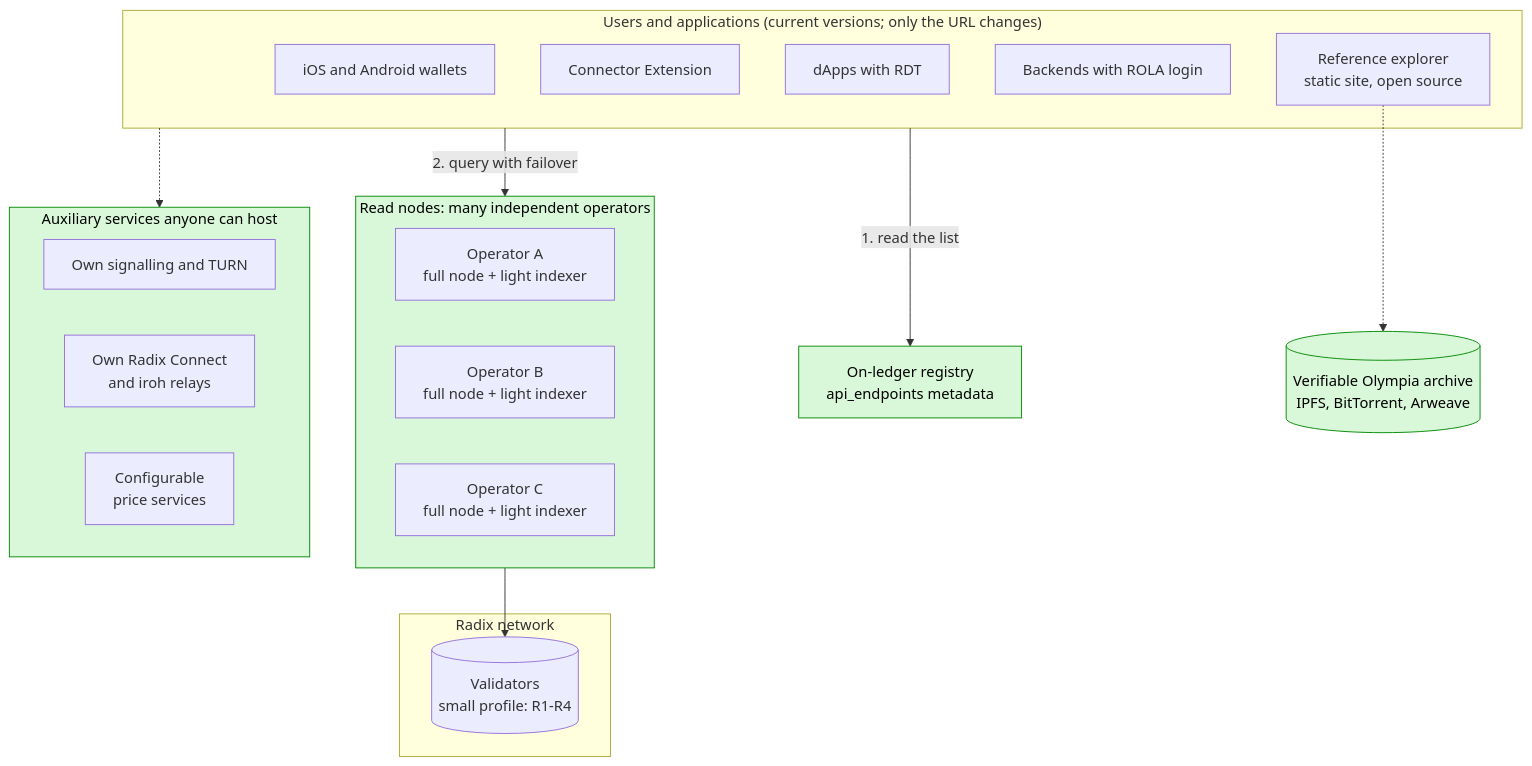
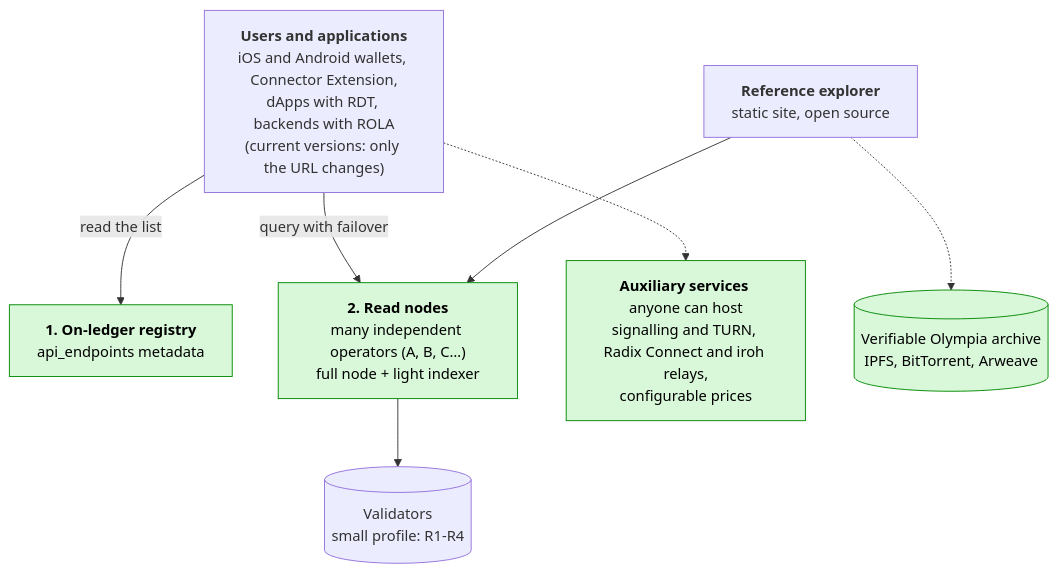
The first of 7 diagrams in docs/en/06-recommended-solution.md (dazligth/radix-decentralization-roadmap), drawn with Mermaid before and after one commit. The commit also changed other lines of this file and 9 other files, not shown here.

First line of the commit message:
Redesign diagrams for readability on GitHub

````diff
--- a/docs/en/06-recommended-solution.md
+++ b/docs/en/06-recommended-solution.md
@@ -14,32 +14,18 @@
 ```mermaid
 flowchart TB
-    subgraph APPS["Users and applications (current versions; only the URL changes)"]
-        W["iOS and Android wallets"]
-        EXT["Connector Extension"]
-        DAPP["dApps with RDT"]
-        ROLA["Backends with ROLA login"]
-        EXP["Reference explorer<br/>static site, open source"]
-    end
-    REG["On-ledger registry<br/>api_endpoints metadata"]
-    subgraph READ["Read nodes: many independent operators"]
-        R1["Operator A<br/>full node + light indexer"]
-        R2["Operator B<br/>full node + light indexer"]
-        R3["Operator C<br/>full node + light indexer"]
-    end
-    subgraph NET["Radix network"]
-        VAL[("Validators<br/>small profile: R1-R4")]
-    end
-    subgraph SELF["Auxiliary services anyone can host"]
-        SIG["Own signalling and TURN"]
-        RELAY["Own Radix Connect<br/>and iroh relays"]
-        PRICE["Configurable<br/>price services"]
-    end
+    APPS["<b>Users and applications</b><br/>iOS and Android wallets, Connector Extension,<br/>dApps with RDT, backends with ROLA<br/>(current versions: only the URL changes)"]
+    EXP["<b>Reference explorer</b><br/>static site, open source"]
+    REG["<b>1. On-ledger registry</b><br/>api_endpoints metadata"]
+    READ["<b>2. Read nodes</b><br/>many independent operators (A, B, C…)<br/>full node + light indexer"]
+    SELF["<b>Auxiliary services</b> anyone can host<br/>signalling and TURN, Radix Connect and iroh relays,<br/>configurable prices"]
     ARCH[("Verifiable Olympia archive<br/>IPFS, BitTorrent, Arweave")]
-    APPS -- "1. read the list" --> REG
-    APPS -- "2. query with failover" --> READ
-    READ --> VAL
+    VAL[("Validators<br/>small profile: R1-R4")]
+    APPS -->|"read the list"| REG
+    APPS -->|"query with failover"| READ
+    EXP --> READ
     APPS -.-> SELF
     EXP -.-> ARCH
+    READ --> VAL
     classDef good fill:#d9f7d9,stroke:#080,color:#000
-    class READ,REG,ARCH,SELF good
+    class READ,REG,SELF,ARCH good
 ```
````
